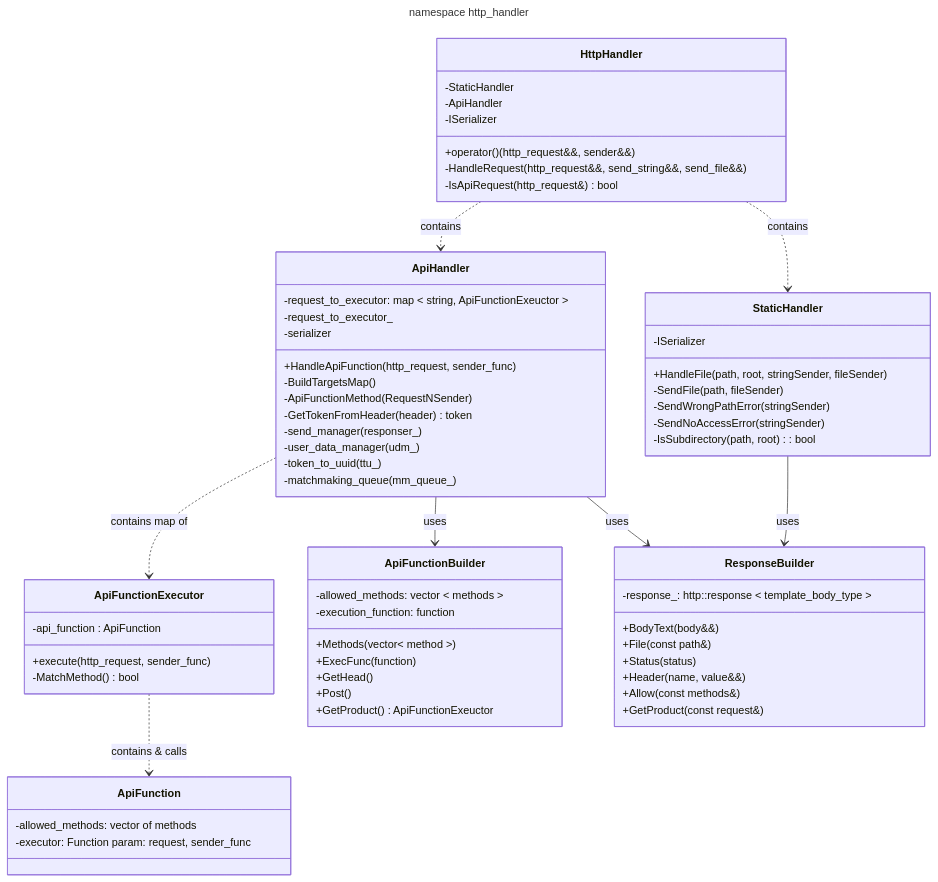
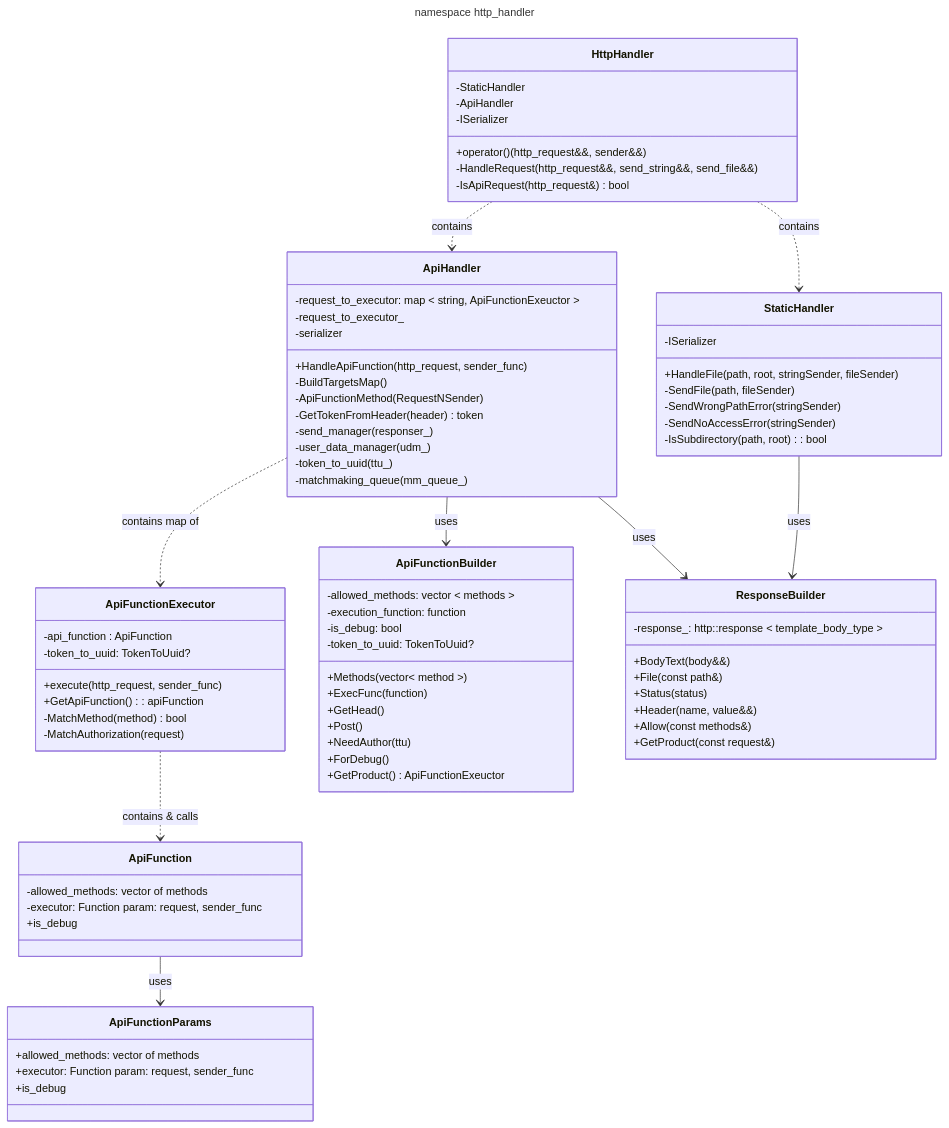
The diagram in docs/http_handler.md (LeeDoor/game_webserver), drawn with Mermaid before and after one commit. The commit also changed 10 other files, not shown here.

Commit message:
adding 'for debug' flag for methods. edit docs

````diff
--- a/docs/http_handler.md
+++ b/docs/http_handler.md
@@ -66,15 +66,26 @@
         -ISerializer
     }
 
+	class ApiFunctionParams{
+		+allowed_methods: vector of methods
+        +executor: Function param: request, sender_func
+        +is_debug
+	}
+
     class ApiFunction {
         -allowed_methods: vector of methods
         -executor: Function param: request, sender_func
-    }
+	    +is_debug
+	}
 
     class ApiFunctionExecutor {
         +execute(http_request, sender_func)
-        -MatchMethod() bool
+        +GetApiFunction(): apiFunction
+        -MatchMethod(method) bool
+        -MatchAuthorization(request)
+        
         -api_function : ApiFunction
+        -token_to_uuid: TokenToUuid?
     }
 
     class ApiFunctionBuilder {
@@ -82,10 +93,14 @@
         +ExecFunc(function)
         +GetHead()
         +Post()
+        +NeedAuthor(ttu)
+        +ForDebug()
         +GetProduct() ApiFunctionExeuctor
 
         -allowed_methods: vector < methods >
         -execution_function: function
+        -is_debug: bool
+        -token_to_uuid: TokenToUuid?
     }
 
     class ResponseBuilder {
@@ -106,5 +121,6 @@
     ApiHandler ..> ApiFunctionExecutor : contains map of
     ApiHandler --> ApiFunctionBuilder : uses
     ApiFunctionExecutor ..> ApiFunction : contains & calls
+    ApiFunction --> ApiFunctionParams : uses
 
 ```
````
